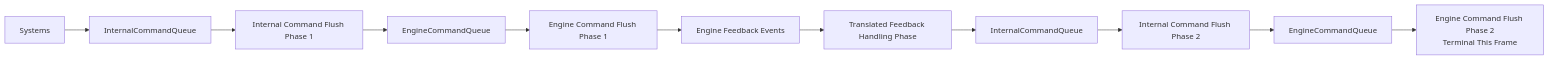
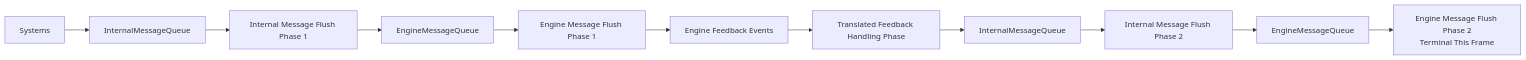
Before and after one commit to enjiushi/gs1: the second of 3 diagrams in GAME_STRUCTURE.md, drawn with Mermaid. The commit also changed other lines of this file and 86 other files, not shown here.

````diff
--- a/GAME_STRUCTURE.md
+++ b/GAME_STRUCTURE.md
@@ -620,13 +620,13 @@
 ```mermaid
 flowchart LR
-    A[Systems] --> B[InternalCommandQueue]
-    B --> C[Internal Command Flush Phase 1]
-    C --> D[EngineCommandQueue]
-    D --> E[Engine Command Flush Phase 1]
+    A[Systems] --> B[InternalMessageQueue]
+    B --> C[Internal Message Flush Phase 1]
+    C --> D[EngineMessageQueue]
+    D --> E[Engine Message Flush Phase 1]
     E --> F[Engine Feedback Events]
     F --> G[Translated Feedback Handling Phase]
-    G --> H[InternalCommandQueue]
-    H --> I[Internal Command Flush Phase 2]
-    I --> J[EngineCommandQueue]
-    J --> K[Engine Command Flush Phase 2<br/>Terminal This Frame]
+    G --> H[InternalMessageQueue]
+    H --> I[Internal Message Flush Phase 2]
+    I --> J[EngineMessageQueue]
+    J --> K[Engine Message Flush Phase 2<br/>Terminal This Frame]
 ```
````
